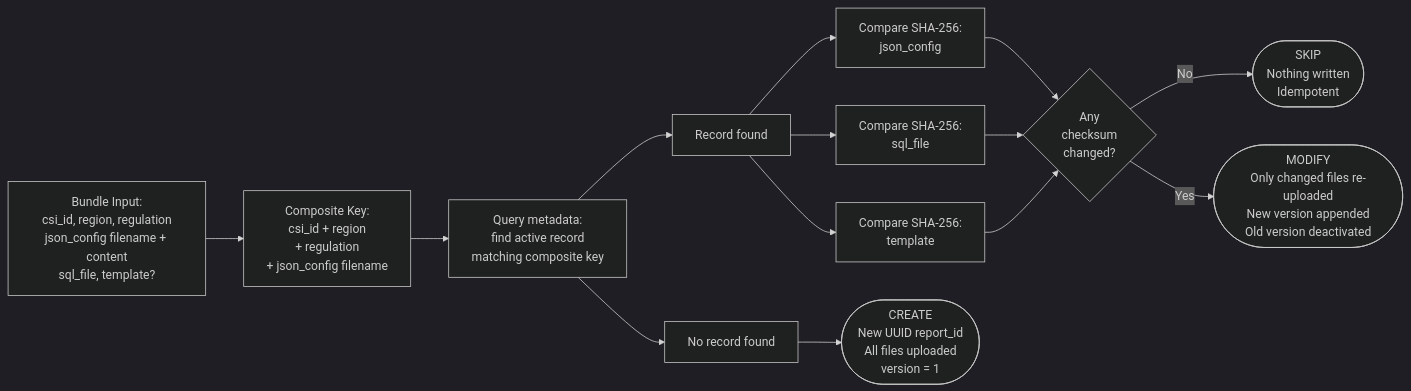
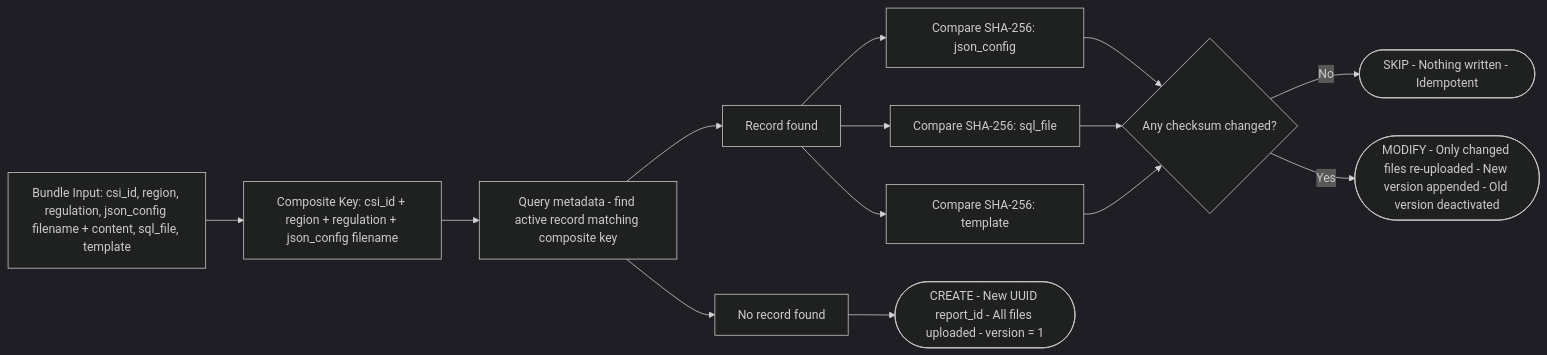
One commit to uktentu/mongo_file_manager changed the third of 10 diagrams in DIAGRAMS.md. Above: the diagram before and after it, drawn with Mermaid (dark theme). The commit also changed other lines of this file, not shown here.

First line of the commit message:
fix: remove all backslash-n from Mermaid node labels in DIAGRAMS.md

````diff
--- a/DIAGRAMS.md
+++ b/DIAGRAMS.md
@@ -113,25 +113,25 @@
 ```mermaid
 flowchart LR
-    IN["Bundle Input:\ncsi_id, region, regulation\njson_config filename + content\nsql_file, template?"]
+    IN["Bundle Input: csi_id, region, regulation, json_config filename + content, sql_file, template"]
 
-    KEY["Composite Key:\ncsi_id + region\n+ regulation\n+ json_config filename"]
-    LOOKUP["Query metadata:\nfind active record\nmatching composite key"]
+    KEY["Composite Key: csi_id + region + regulation + json_config filename"]
+    LOOKUP["Query metadata - find active record matching composite key"]
 
     NONE["No record found"]
     FOUND["Record found"]
 
-    CHK1["Compare SHA-256:\njson_config"]
-    CHK2["Compare SHA-256:\nsql_file"]
-    CHK3["Compare SHA-256:\ntemplate"]
-    ANY{"Any\nchecksum\nchanged?"}
+    CHK1["Compare SHA-256: json_config"]
+    CHK2["Compare SHA-256: sql_file"]
+    CHK3["Compare SHA-256: template"]
+    ANY{"Any checksum changed?"}
 
-    CREATE(["CREATE\nNew UUID report_id\nAll files uploaded\nversion = 1"])
-    SKIP(["SKIP\nNothing written\nIdempotent"])
-    MODIFY(["MODIFY\nOnly changed files re-uploaded\nNew version appended\nOld version deactivated"])
+    CREATE(["CREATE - New UUID report_id - All files uploaded - version = 1"])
+    SKIP(["SKIP - Nothing written - Idempotent"])
+    MODIFY(["MODIFY - Only changed files re-uploaded - New version appended - Old version deactivated"])
 
     IN --> KEY --> LOOKUP
     LOOKUP --> NONE --> CREATE
     LOOKUP --> FOUND --> CHK1 & CHK2 & CHK3 --> ANY
     ANY -- No --> SKIP
     ANY -- Yes --> MODIFY
 ```
````
